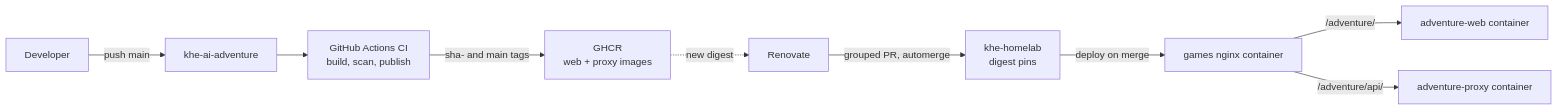
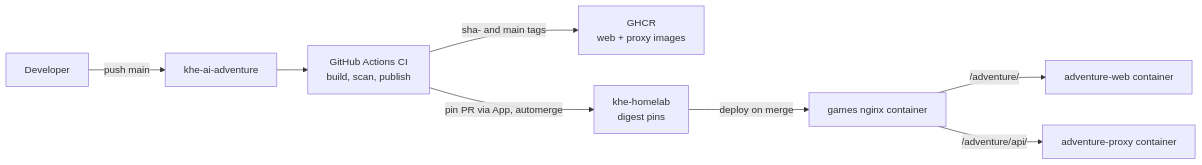
Before and after one commit to khelias/khe-ai-adventure: the fourth of 4 diagrams in docs/ARCHITECTURE.md, drawn with Mermaid. The commit also changed 4 other files, not shown here.

First line of the commit message:
Pin the homelab images through the khe-adventure-pins App after publish

````diff
--- a/docs/ARCHITECTURE.md
+++ b/docs/ARCHITECTURE.md
@@ -230,21 +230,19 @@
 ```mermaid
 flowchart LR
     Dev["Developer"]
     Repo["khe-ai-adventure"]
     CI["GitHub Actions CI<br/>build, scan, publish"]
     GHCR["GHCR<br/>web + proxy images"]
     Homelab["khe-homelab<br/>digest pins"]
-    Renovate["Renovate"]
     Nginx["games nginx container"]
     Web["adventure-web container"]
     Proxy["adventure-proxy container"]
 
     Dev -->|"push main"| Repo
     Repo --> CI
     CI -->|"sha- and main tags"| GHCR
-    Renovate -->|"grouped PR, automerge"| Homelab
-    GHCR -.->|"new digest"| Renovate
+    CI -->|"pin PR via App, automerge"| Homelab
     Homelab -->|"deploy on merge"| Nginx
     Nginx -->|"/adventure/"| Web
     Nginx -->|"/adventure/api/"| Proxy
 ```
````
